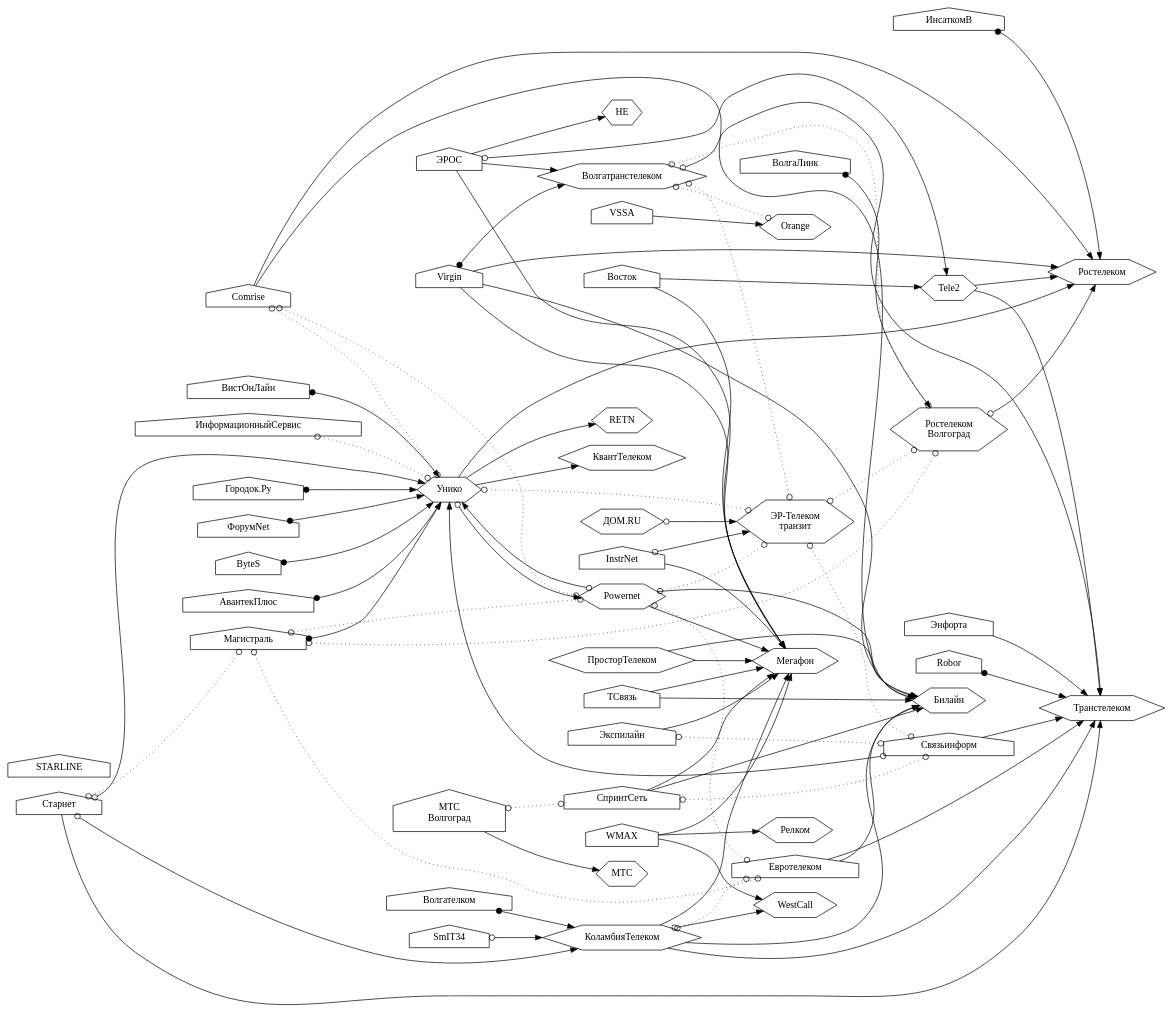
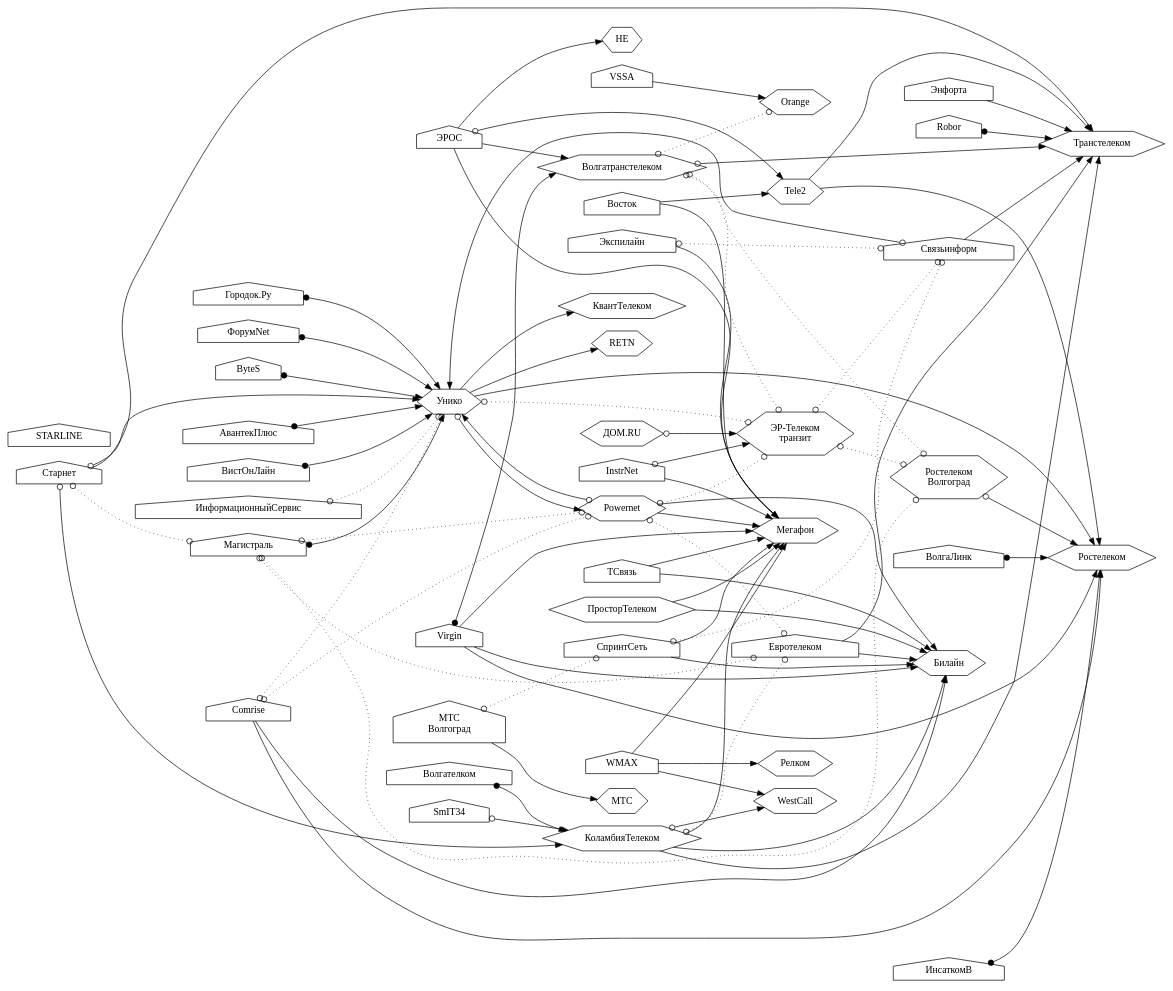
The diagram in static/links/links.dot (Urlandi/elsv-v.ru), drawn with Graphviz before and after one commit. The commit also changed 5 other files, not shown here.

```diff
--- a/static/links/links.dot
+++ b/static/links/links.dot
@@ -1,190 +1,190 @@
 digraph ispgraph {
 
 rankdir = LR;
 node [shape=house;];
 
 Унико, ДомРу, ЭрТелеком, Транстелеком, Волгатранстелеком, Релком [shape=hexagon;];
 Мегафон, Вымпелком, КоламбияТелеком, Ростелеком, HE, КвантТелеком [shape=hexagon;];
 Tele2, МТС, ЮТК, Orange, ПросторТелеком, WestCall, Powernet, RETN [shape=hexagon;];
 
 ДомРу [label="ДОМ.RU"];
 ЭрТелеком [label="ЭР-Телеком\nтранзит"];
 МКС [label="МТС\nВолгоград"];
 ЮТК [label="Ростелеком\nВолгоград"];
 Вымпелком [label="Билайн"];
 ГородокТочкаРу [label="Городок.Ру"];
 
 subgraph backbone {/*Собственная опорная сеть*/
 Транстелеком;
 Мегафон;
 Вымпелком;
 Ростелеком;
 HE;
 МТС;
 Orange;
 ЭрТелеком;
 WestCall;
 };
 
 subgraph Ростелеком {/*Провайдеры члены Ростелеком*/
 Ростелеком;
 ЮТК;
 };
 
 subgraph ЭрТелекомХолдинг {/*ЭР-Телеком*/
 ДомРу;
 ЭрТелеком;
 };
 
 subgraph WestCall {/*Провайдеры члены WestCall*/
 WestCall;
 КоламбияТелеком;
 };
 
 {/*Отсутствует информация о подключении*/
 STARLINE;
 };
 
 
 {/*Магистральные связи*/
 
 Связьинформ -> Транстелеком;
 
 Tele2 -> Ростелеком;
 Tele2 -> Транстелеком;
 
 СпринтСеть -> Вымпелком;
 СпринтСеть -> Мегафон;
 
 Старнет -> Транстелеком;
 
 Экспилайн -> Мегафон;
 
 ЭРОС -> Волгатранстелеком;
 ЭРОС -> HE;
 ЭРОС -> Мегафон;
 
 Comrise -> Ростелеком;
 Comrise -> Вымпелком;
 
 МКС -> МТС;
 
 Powernet -> Мегафон;
 Powernet -> Вымпелком;
 
 VSSA -> Orange;
 
 Евротелеком -> Транстелеком;
 Евротелеком -> Вымпелком;
 
 КоламбияТелеком -> Транстелеком;
 КоламбияТелеком -> Вымпелком;
 КоламбияТелеком -> Мегафон;
 
 Virgin -> Вымпелком;
 Virgin -> Мегафон;
 Virgin -> Ростелеком;
 
 Унико -> Ростелеком;
 Унико -> RETN;
 Унико -> КвантТелеком;
 
 Энфорта -> Транстелеком;
 
 ПросторТелеком -> Вымпелком;
 ПросторТелеком -> Мегафон;
 
 WMAX -> Мегафон;
 WMAX -> WestCall;
 WMAX -> Релком;
 
 InstrNet -> Мегафон;
 
 ТСвязь -> Мегафон;
 ТСвязь -> Вымпелком;
 
 Восток -> Мегафон;
 Восток -> Tele2;
 
 {/*Пиринг с магистральным оператором*/
 edge [dir=both; arrowtail=odot;];
 
 Связьинформ -> Унико;
 
 Старнет -> КоламбияТелеком;
 Старнет -> Унико;
 
 ЭРОС -> Tele2;
 
 Powernet -> Унико;
 Унико -> Powernet;
 
 ЮТК -> Ростелеком;
 
 Волгатранстелеком -> Транстелеком;
 
 ДомРу -> ЭрТелеком;
 
 InstrNet -> ЭрТелеком;
 
 КоламбияТелеком -> WestCall;
 
 SmIT34 -> КоламбияТелеком;
 
 };
 
 {/*Маршрутизация на оборудовании магистрального оператора*/
 edge [dir=both; arrowtail=dot;];
 
-ВолгаЛинк -> ЮТК;
+ВолгаЛинк -> Ростелеком;
 Волгателком -> КоламбияТелеком;
 ИнсаткомВ -> Ростелеком;
 Магистраль -> Унико;
 ГородокТочкаРу -> Унико;
 ФорумNet -> Унико;
 ByteS -> Унико;
 АвантекПлюс -> Унико;
 Robor -> Транстелеком;
 Virgin -> Волгатранстелеком;
 ВистОнЛайн -> Унико;
 };
 
 };
 
 {/*Пиринг*/
 
 edge [dir=both; arrowhead=odot; arrowtail=odot; style=dotted;];
 
 СпринтСеть -> Связьинформ;
 МКС -> СпринтСеть;
 
 Старнет -> Магистраль;
 
 Экспилайн -> Связьинформ;
 
 Comrise -> Унико;
 Comrise -> Powernet;
 
 Powernet -> ЭрТелеком;
 Powernet -> Евротелеком;
 
 КоламбияТелеком -> Евротелеком;
 
 Магистраль -> Powernet;
 Магистраль -> ЮТК;
 Магистраль -> Евротелеком;
 
 Унико -> ЭрТелеком;
 
 ИнформационныйСервис -> Унико;
 
 Волгатранстелеком -> ЮТК;
 Волгатранстелеком -> ЭрТелеком;
 Волгатранстелеком -> Orange;
 
 ЭрТелеком -> ЮТК;
 ЭрТелеком -> Связьинформ;
 
 };
 
 }
```
